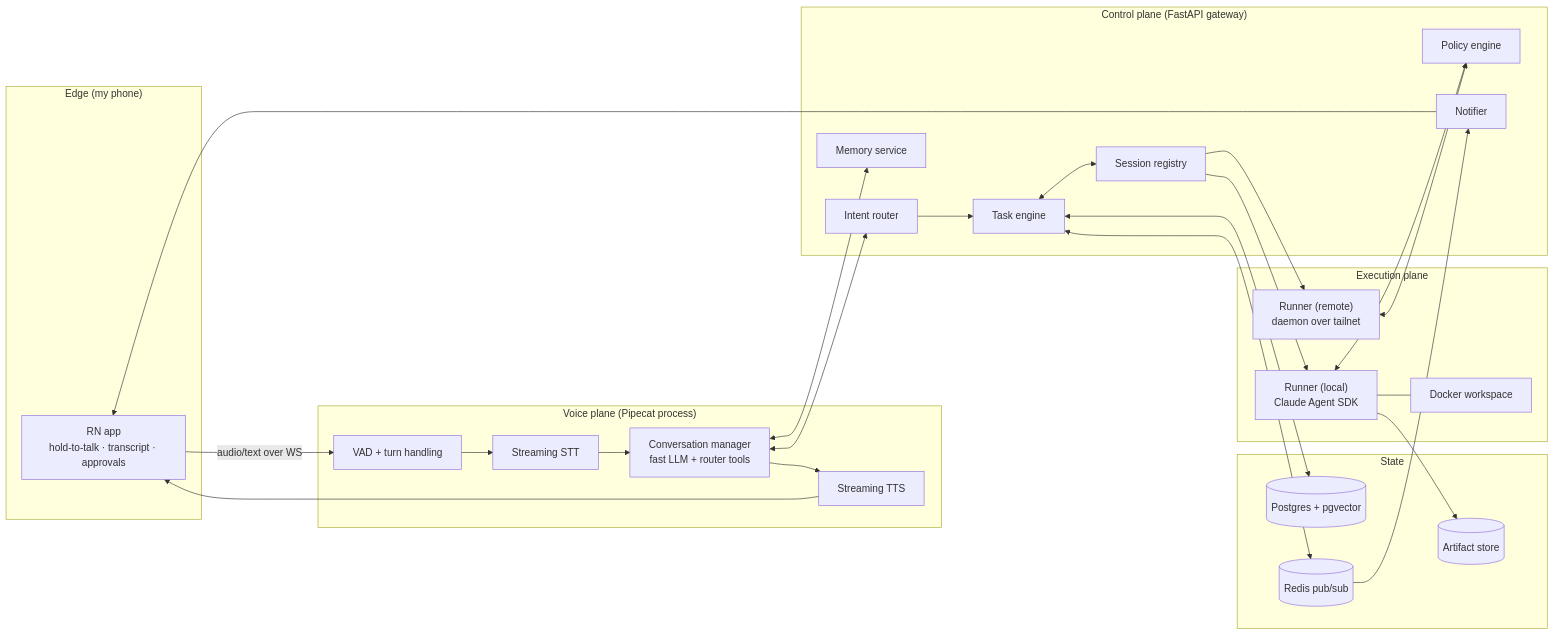
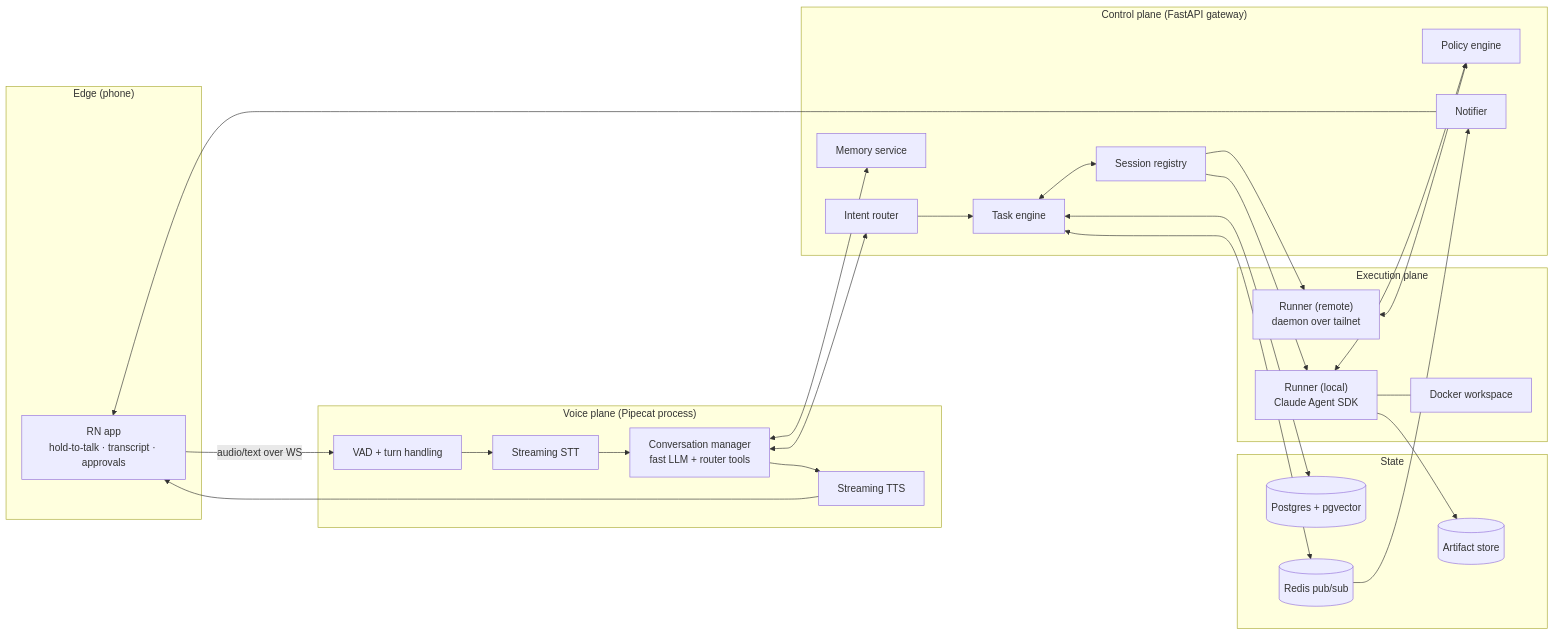
The first of 3 diagrams in docs/system-design.md (ahfoysal/attache), drawn with Mermaid before and after one commit. The commit also changed other lines of this file and 14 other files, not shown here.

````diff
--- a/docs/system-design.md
+++ b/docs/system-design.md
@@ -7,49 +7,49 @@
 ```mermaid
 flowchart LR
-  subgraph EDGE["Edge (my phone)"]
+  subgraph EDGE["Edge (phone)"]
     APP["RN app<br/>hold-to-talk · transcript · approvals"]
   end
 
   subgraph VOICE["Voice plane (Pipecat process)"]
     VAD["VAD + turn handling"]
     STT["Streaming STT"]
     CM["Conversation manager<br/>fast LLM + router tools"]
     TTS["Streaming TTS"]
     VAD --> STT --> CM --> TTS
   end
 
   subgraph CONTROL["Control plane (FastAPI gateway)"]
     RT["Intent router"]
     TE["Task engine"]
     SM["Session registry"]
     MEM["Memory service"]
     POL["Policy engine"]
     NOTIF["Notifier"]
   end
 
   subgraph DATA["State"]
     PG[("Postgres + pgvector")]
     RD[("Redis pub/sub")]
     FS[("Artifact store")]
   end
 
   subgraph EXEC["Execution plane"]
     RUN1["Runner (local)<br/>Claude Agent SDK"]
     RUN2["Runner (remote)<br/>daemon over tailnet"]
     SBX["Docker workspace"]
     RUN1 --- SBX
   end
 
   APP -->|audio/text over WS| VAD
   TTS --> APP
   CM <--> RT
   RT --> TE
   TE <--> SM
   CM <--> MEM
   SM --> RUN1 & RUN2
   RUN1 & RUN2 <--> POL
   TE <--> PG
   TE <--> RD
   RUN1 --> FS
   RD --> NOTIF --> APP
 ```
````
